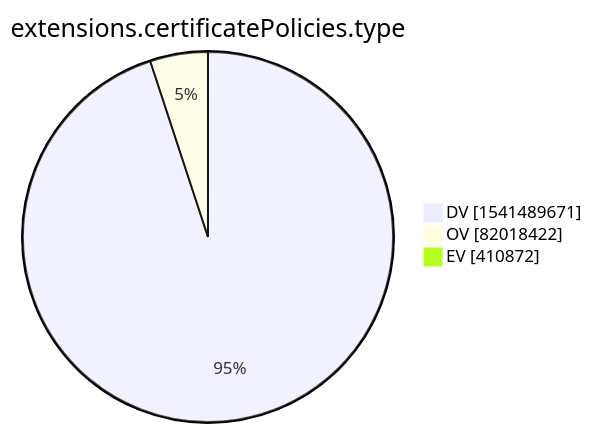
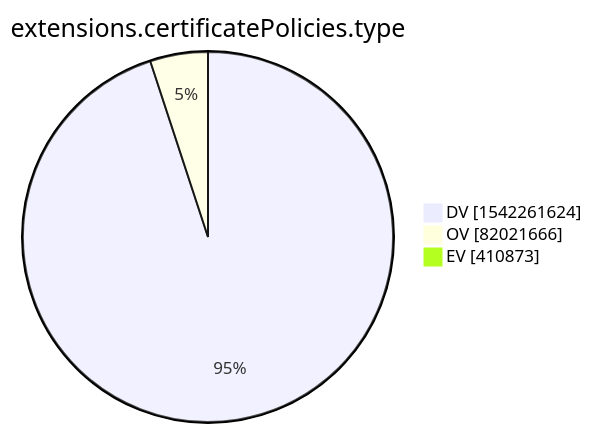
Before and after one commit to christiankrug/ctmonitor_visualization: the tenth of 15 diagrams in xenon2022/README.md, drawn with Mermaid. The commit also changed other lines of this file, not shown here.

````diff
--- a/xenon2022/README.md
+++ b/xenon2022/README.md
@@ -2876,7 +2876,7 @@
 ```mermaid
 pie showData
 title extensions.certificatePolicies.type
-"DV" :1541489671
-"OV" :82018422
-"EV" :410872
+"DV" :1542261624
+"OV" :82021666
+"EV" :410873
 ```
````
